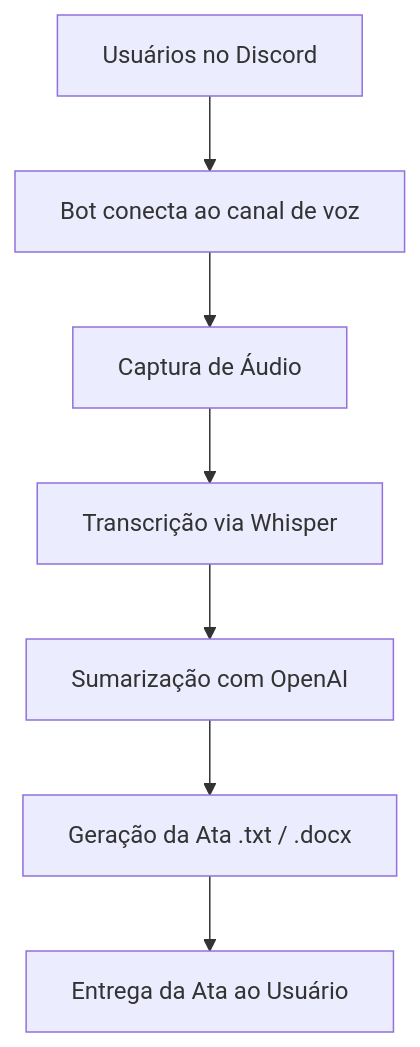
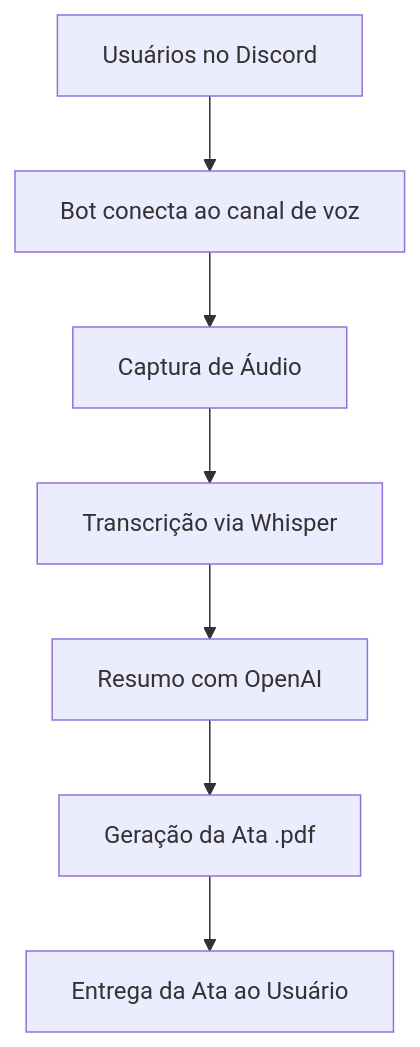
One commit to RaianInfante/analise-de-projeto-ii changed the diagram in README.md. Above: the diagram before and after it, drawn with Mermaid.

Commit message:
Update flow diagram in README for clarity

```diff
--- a/README.md
+++ b/README.md
@@ -98,10 +98,10 @@
 ~~~mermaid
 flowchart TD
 
 A[Usuários no Discord] --> B[Bot conecta ao canal de voz]
 B --> C[Captura de Áudio]
 C --> D[Transcrição via Whisper]
-D --> E[Sumarização com OpenAI]
-E --> F[Geração da Ata .txt / .docx]
+D --> E[Resumo com OpenAI]
+E --> F[Geração da Ata .pdf]
 F --> G[Entrega da Ata ao Usuário]
 ~~~
```
